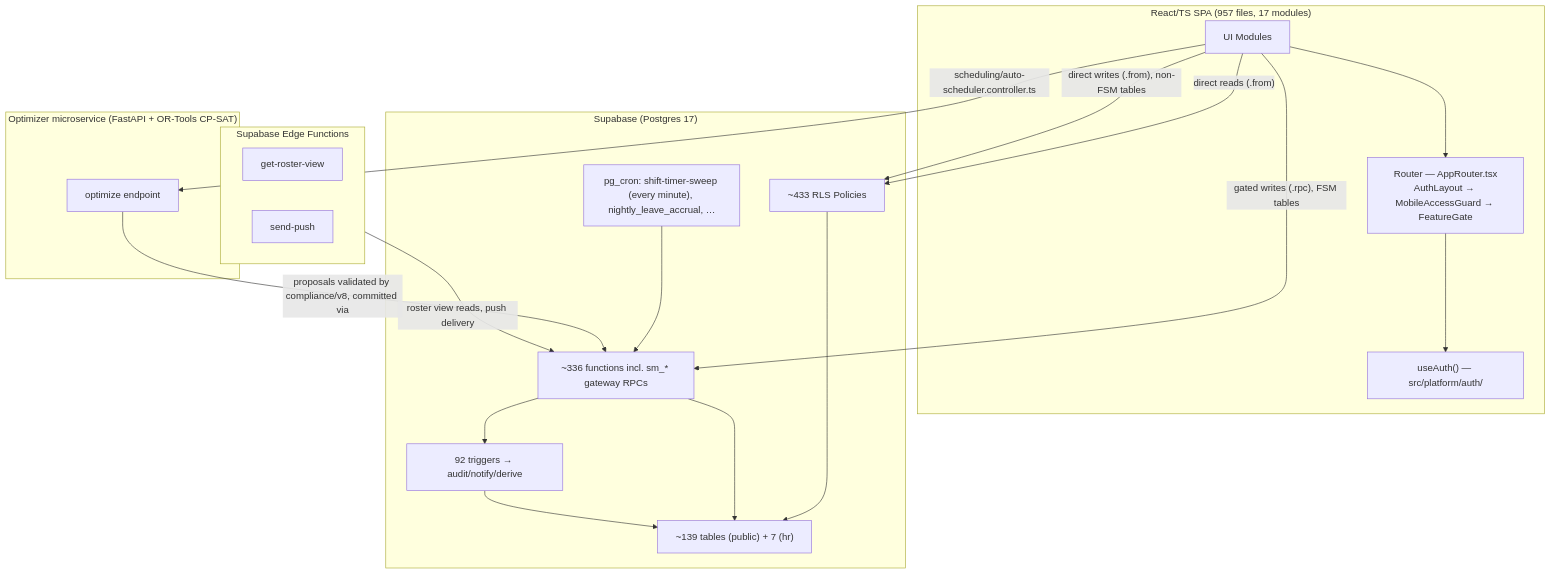
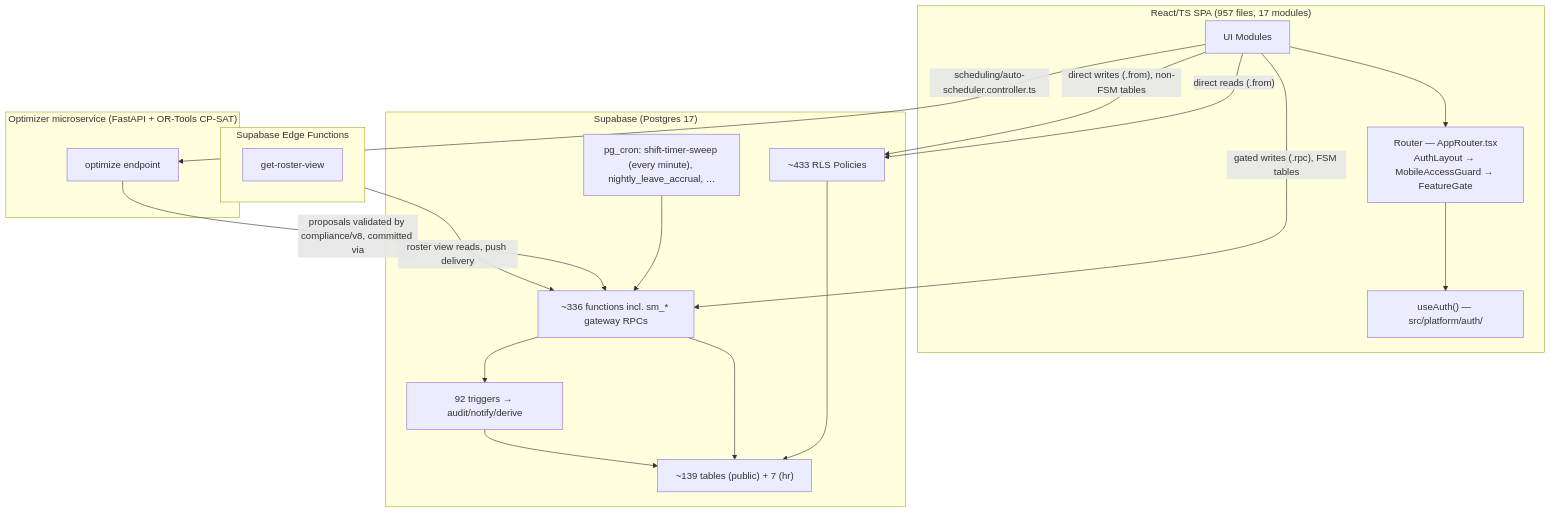
One commit to VinayakKuanr-UNSW/Shiftopia changed the first of 10 diagrams in docs/rulebook/02-architecture.md. Above: the diagram before and after it, drawn with Mermaid. The commit also changed 34 other files, not shown here.

````diff
--- a/docs/rulebook/02-architecture.md
+++ b/docs/rulebook/02-architecture.md
@@ -7,38 +7,37 @@
 ```mermaid
 graph TB
     subgraph Client["React/TS SPA (957 files, 17 modules)"]
         UI[UI Modules]
         Router["Router — AppRouter.tsx<br/>AuthLayout → MobileAccessGuard → FeatureGate"]
         AuthHook["useAuth() — src/platform/auth/"]
     end
 
     subgraph Supabase["Supabase (Postgres 17)"]
         RLS["~433 RLS Policies"]
         Tables["~139 tables (public) + 7 (hr)"]
         RPCs["~336 functions incl. sm_* gateway RPCs"]
         Triggers["92 triggers → audit/notify/derive"]
         Cron["pg_cron: shift-timer-sweep (every minute), nightly_leave_accrual, …"]
     end
 
     subgraph EdgeFn["Supabase Edge Functions"]
         RosterView[get-roster-view]
-        Push[send-push]
     end
 
     subgraph Optimizer["Optimizer microservice (FastAPI + OR-Tools CP-SAT)"]
         OptAPI[optimize endpoint]
     end
 
     UI --> Router --> AuthHook
     UI -- "direct reads (.from)" --> RLS
     UI -- "direct writes (.from), non-FSM tables" --> RLS
     UI -- "gated writes (.rpc), FSM tables" --> RPCs
     RLS --> Tables
     RPCs --> Tables
     RPCs --> Triggers
     Triggers --> Tables
     Cron --> RPCs
     EdgeFn -- "roster view reads, push delivery" --> RPCs
     UI -- "scheduling/auto-scheduler.controller.ts" --> OptAPI
     OptAPI -- "proposals validated by compliance/v8, committed via" --> RPCs
 ```
````
